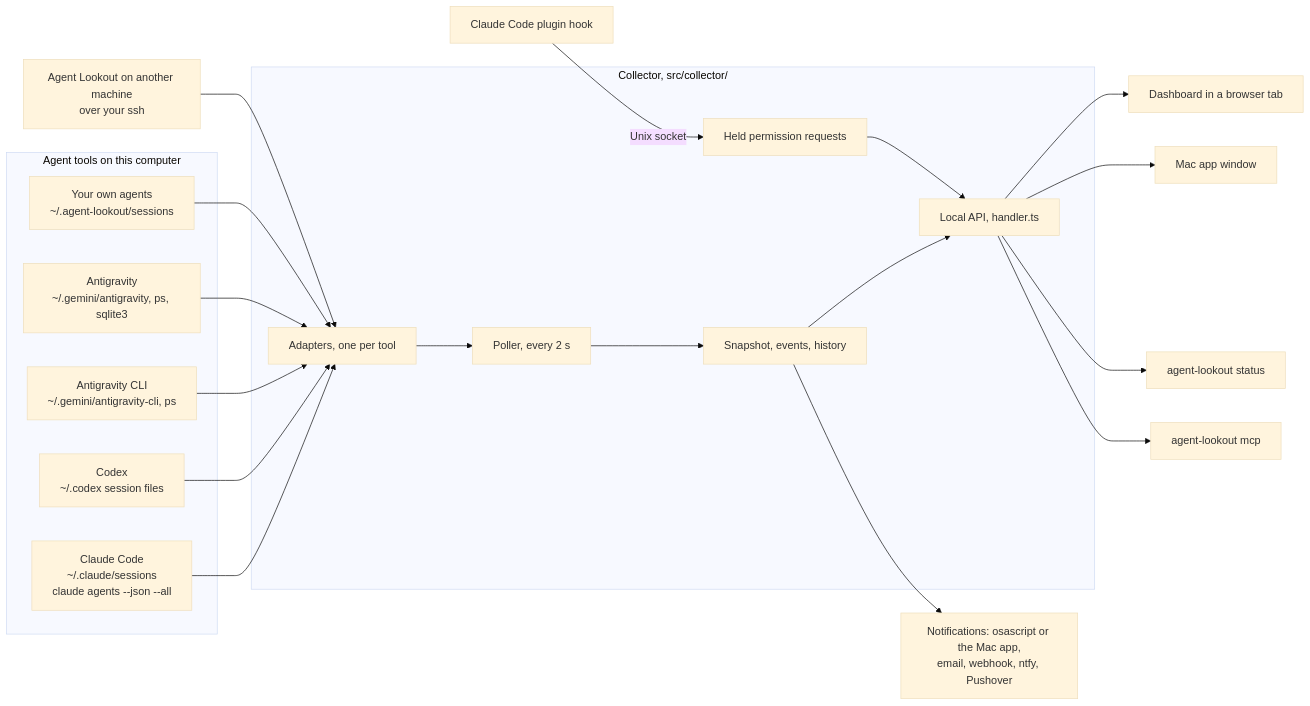
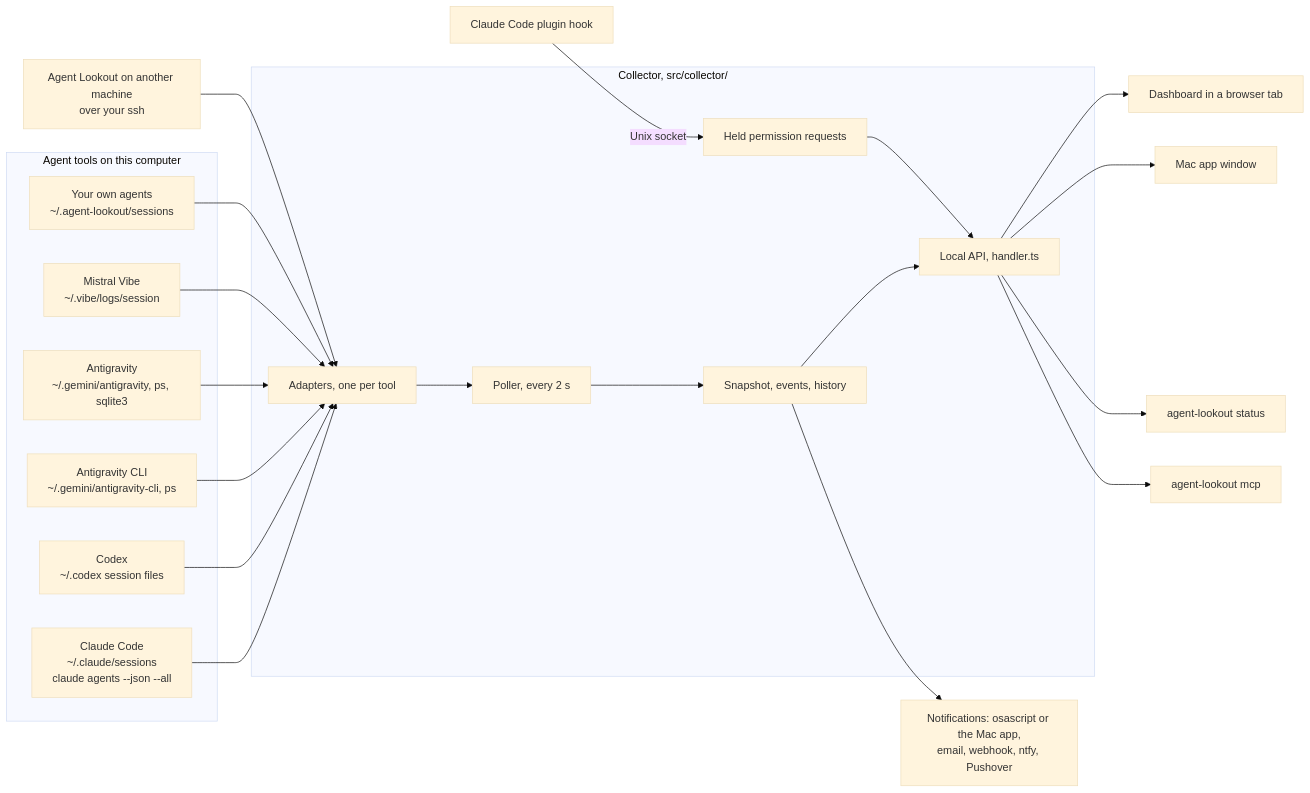
Before and after one commit to Olanetsoft/agent-lookout: the first of 4 diagrams in docs/TOUR.md, drawn with Mermaid (base theme). The commit also changed other lines of this file and 58 other files, not shown here.

First line of the commit message:
Add Mistral Vibe as a source: its sessions, read-only, with working, idle, finished and failed

````diff
--- a/docs/TOUR.md
+++ b/docs/TOUR.md
@@ -29,33 +29,35 @@
 ```mermaid
 flowchart LR
   subgraph tools["Agent tools on this computer"]
     cc["Claude Code<br/>~/.claude/sessions<br/>claude agents --json --all"]
     cx["Codex<br/>~/.codex session files"]
     ag["Antigravity CLI<br/>~/.gemini/antigravity-cli, ps"]
     aa["Antigravity<br/>~/.gemini/antigravity, ps, sqlite3"]
+    mv["Mistral Vibe<br/>~/.vibe/logs/session"]
     sf["Your own agents<br/>~/.agent-lookout/sessions"]
   end
   remote["Agent Lookout on another machine<br/>over your ssh"]
   plugin["Claude Code plugin hook"]
   subgraph collector["Collector, src/collector/"]
     adapters["Adapters, one per tool"]
     poller["Poller, every 2 s"]
     snap["Snapshot, events, history"]
     api["Local API, handler.ts"]
     held["Held permission requests"]
   end
   cc --> adapters
   cx --> adapters
   ag --> adapters
   aa --> adapters
+  mv --> adapters
   sf --> adapters
   remote --> adapters
   plugin -->|"Unix socket"| held
   adapters --> poller --> snap --> api
   held --> api
   api --> page["Dashboard in a browser tab"]
   api --> mac["Mac app window"]
   api --> status["agent-lookout status"]
   api --> mcp["agent-lookout mcp"]
   snap --> channels["Notifications: osascript or the Mac app,<br/>email, webhook, ntfy, Pushover"]
 ```
````
